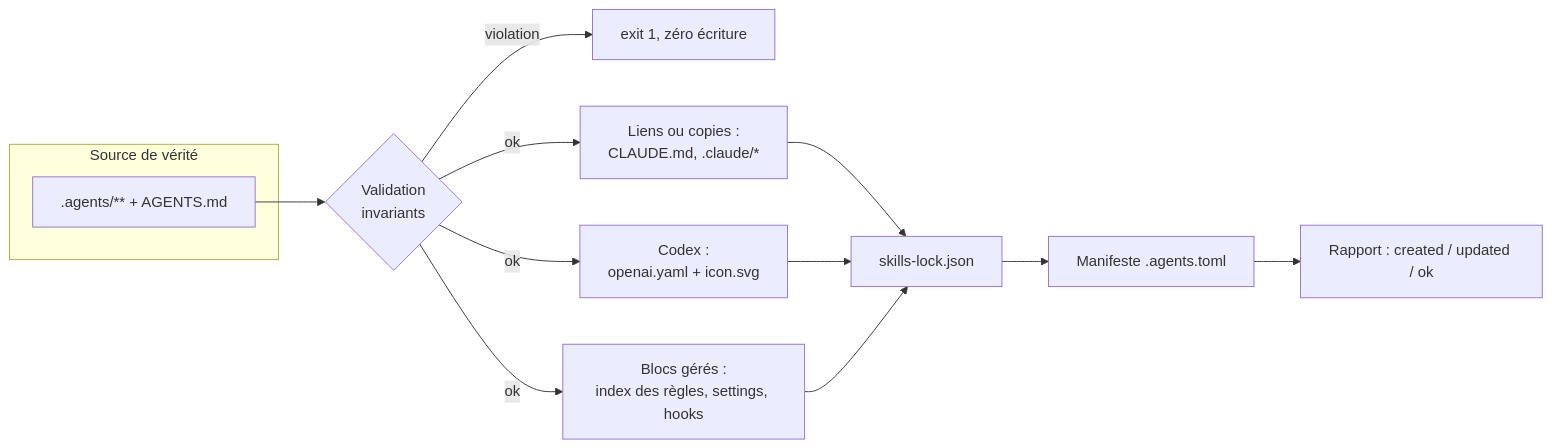
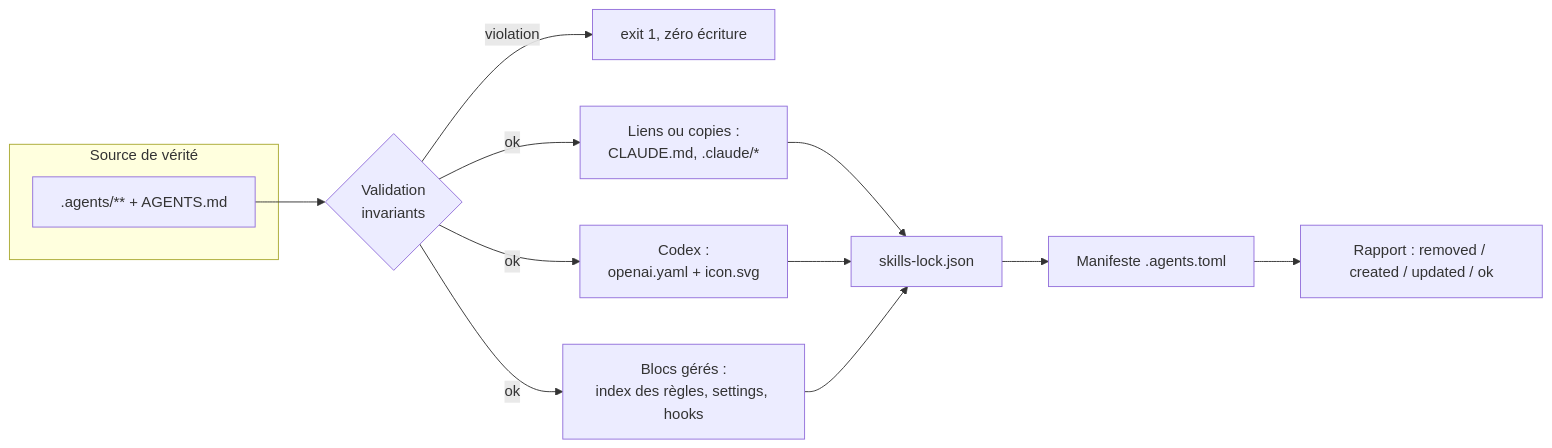
The third of 4 diagrams in docs/commandes.md (PicardRaphael/agentsdir), drawn with Mermaid before and after one commit. The commit also changed other lines of this file and 5 other files, not shown here.

````diff
--- a/docs/commandes.md
+++ b/docs/commandes.md
@@ -386,16 +394,16 @@
 ```mermaid
 flowchart LR
     subgraph SRC["Source de vérité"]
         A[.agents/** + AGENTS.md]
     end
     A --> V{Validation<br/>invariants}
     V -- violation --> X[exit 1, zéro écriture]
     V -- ok --> P1[Liens ou copies :<br/>CLAUDE.md, .claude/*]
     V -- ok --> P2[Codex :<br/>openai.yaml + icon.svg]
     V -- ok --> P3[Blocs gérés :<br/>index des règles, settings, hooks]
     P1 --> L[skills-lock.json]
     P2 --> L
     P3 --> L
     L --> M[Manifeste .agents.toml]
-    M --> R[Rapport : created / updated / ok]
+    M --> R[Rapport : removed / created / updated / ok]
 ```
````
